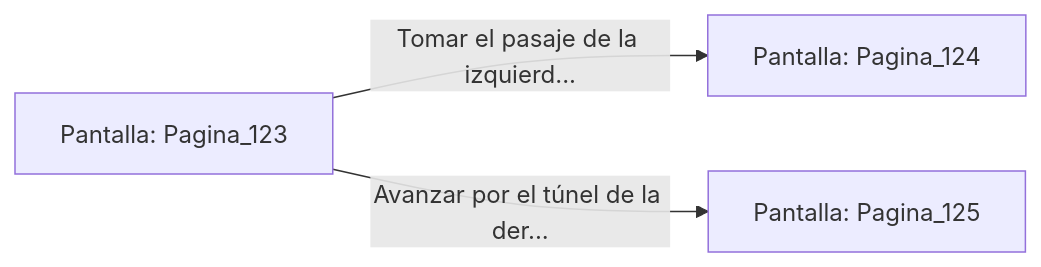
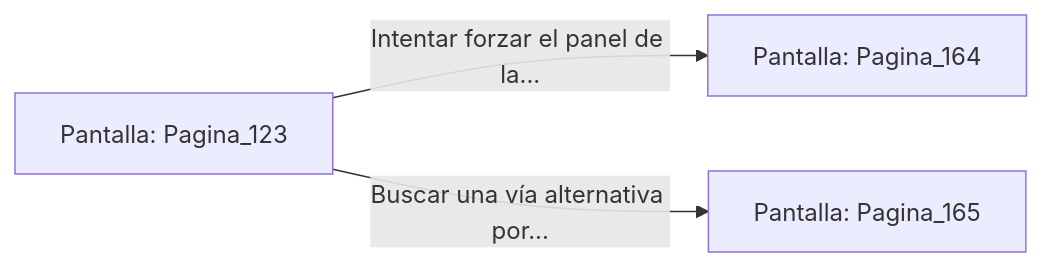
Before and after one commit to metsuke/mpl: the diagram in sample/eligejuego-vault/Pantalla_Pagina_123.md, drawn with Mermaid. The commit also changed other lines of this file and 635 other files, not shown here.

First line of the commit message:
fix: añadir Pagina_1 como pantalla inicial en capitulo_01.mpl

````diff
--- a/sample/eligejuego-vault/Pantalla_Pagina_123.md
+++ b/sample/eligejuego-vault/Pantalla_Pagina_123.md
@@ -20,6 +24,6 @@
 ```mermaid
 graph LR
     P_Pagina_123["Pantalla: Pagina_123"]
-    P_Pagina_123 -->|"Tomar el pasaje de la izquierd..."| P_Pagina_124["Pantalla: Pagina_124"]
-    P_Pagina_123 -->|"Avanzar por el túnel de la der..."| P_Pagina_125["Pantalla: Pagina_125"]
+    P_Pagina_123 -->|"Intentar forzar el panel de la..."| P_Pagina_164["Pantalla: Pagina_164"]
+    P_Pagina_123 -->|"Buscar una vía alternativa por..."| P_Pagina_165["Pantalla: Pagina_165"]
 ```
````
